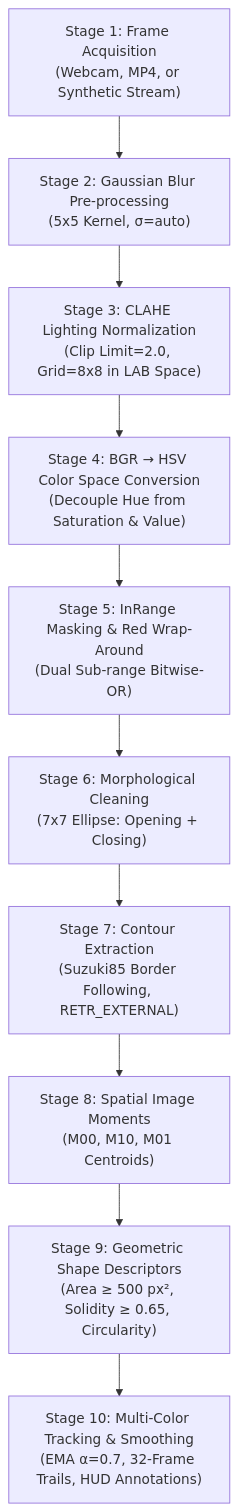
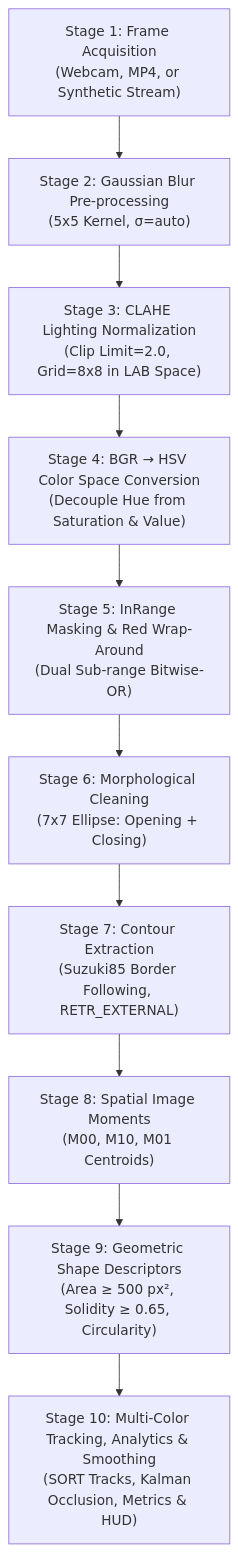
The diagram in README.md (Soham51826/color-based-object-detection), drawn with Mermaid before and after one commit. The commit also changed other lines of this file and 10 other files, not shown here.

````diff
--- a/README.md
+++ b/README.md
@@ -384,12 +499,12 @@
 ```mermaid
 flowchart TD
     S1["Stage 1: Frame Acquisition<br/>(Webcam, MP4, or Synthetic Stream)"] --> S2["Stage 2: Gaussian Blur Pre-processing<br/>(5x5 Kernel, σ=auto)"]
     S2 --> S3["Stage 3: CLAHE Lighting Normalization<br/>(Clip Limit=2.0, Grid=8x8 in LAB Space)"]
     S3 --> S4["Stage 4: BGR → HSV Color Space Conversion<br/>(Decouple Hue from Saturation & Value)"]
     S4 --> S5["Stage 5: InRange Masking & Red Wrap-Around<br/>(Dual Sub-range Bitwise-OR)"]
     S5 --> S6["Stage 6: Morphological Cleaning<br/>(7x7 Ellipse: Opening + Closing)"]
     S6 --> S7["Stage 7: Contour Extraction<br/>(Suzuki85 Border Following, RETR_EXTERNAL)"]
     S7 --> S8["Stage 8: Spatial Image Moments<br/>(M00, M10, M01 Centroids)"]
     S8 --> S9["Stage 9: Geometric Shape Descriptors<br/>(Area ≥ 500 px², Solidity ≥ 0.65, Circularity)"]
-    S9 --> S10["Stage 10: Multi-Color Tracking & Smoothing<br/>(EMA α=0.7, 32-Frame Trails, HUD Annotations)"]
+    S9 --> S10["Stage 10: Multi-Color Tracking, Analytics & Smoothing<br/>(SORT Tracks, Kalman Occlusion, Metrics & HUD)"]
 ```
````
